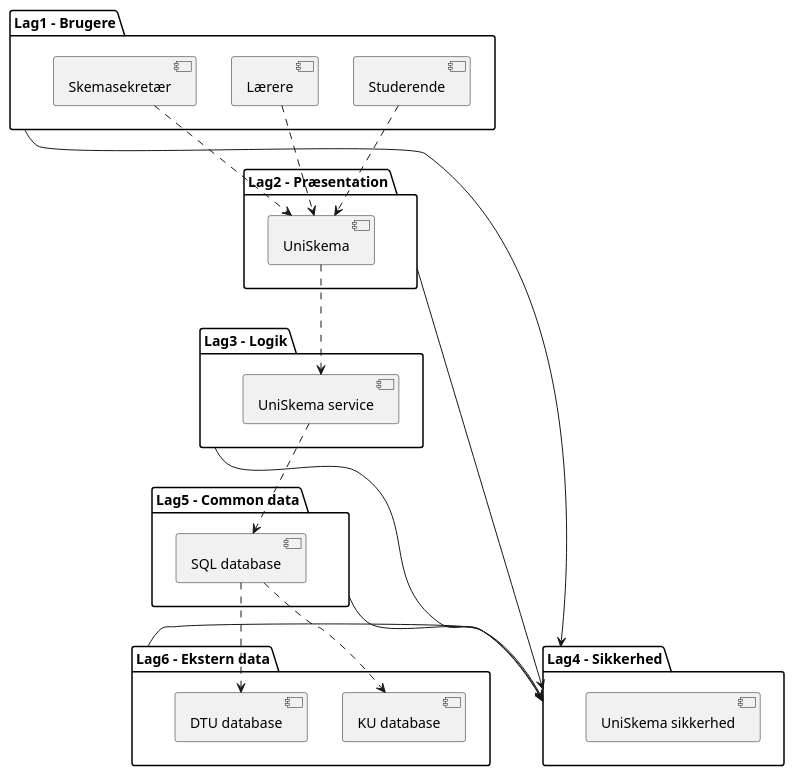
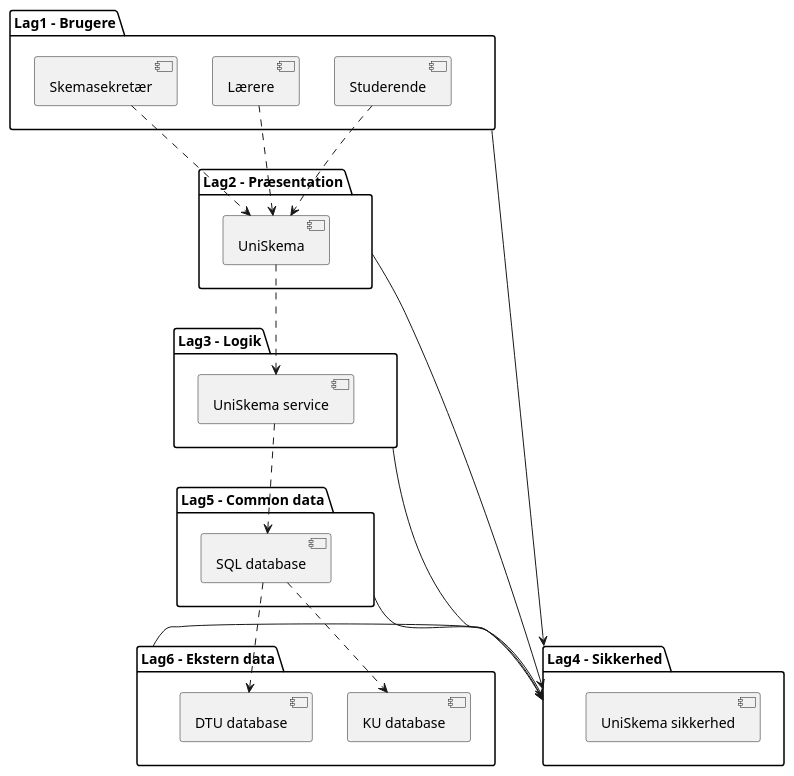
The diagram in Diagrams/arkitektur diagram.puml (MadsSchroder/Systemudvikling-Eksamen-KU), drawn with PlantUML before and after one commit.

Commit message:
Arkitektur diagrem

```diff
--- a/Diagrams/arkitektur diagram.puml
+++ b/Diagrams/arkitektur diagram.puml
@@ -1,48 +1,48 @@
 @startuml
 left to right direction
 together {
 top to bottom direction
 package "Lag1 - Brugere" as l1 {
 [Studerende]
 [Lærere]
 [Skemasekretær]
 }
 package "Lag2 - Præsentation" as l2 {
 [UniSkema]
 }
 package "Lag3 - Logik" as l3 {
 [UniSkema service]
 }
 package "Lag5 - Common data" as l5 {
 [SQL database]
 }
 
 package "Lag6 - Ekstern data" as l6 {
 [KU database]
 [DTU database]
 }
 
 }
 package "Lag4 - Sikkerhed" as l4 {
 [UniSkema sikkerhed] as a
 }
 
 l1 -> l4
 l2 -> l4
 l3 -> l4
 l5 -> l4
 l6 -> l4
 
 
 [Studerende] ..> [UniSkema]
 [Skemasekretær] ..> [UniSkema]
 
 [Lærere] ..> [UniSkema]
 [UniSkema] ..> [UniSkema service]
 [UniSkema service] ..> [SQL database]
 [SQL database] ..> [KU database]
 [SQL database] ..> [DTU database]
 
-[Studerende] ..[hidden]> a
-[UniSkema service] ..[hidden]> a
+
+
 @enduml
```
